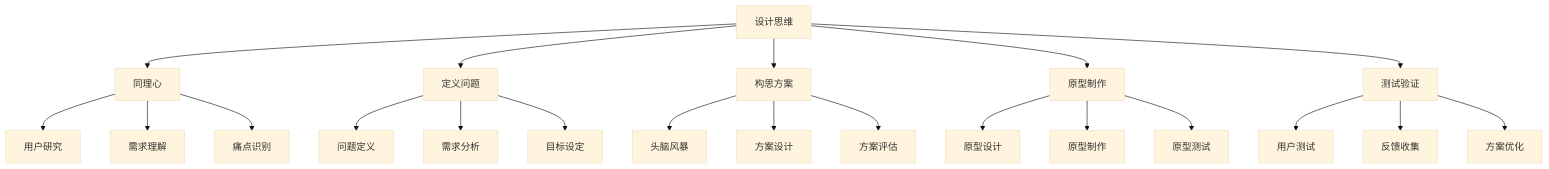
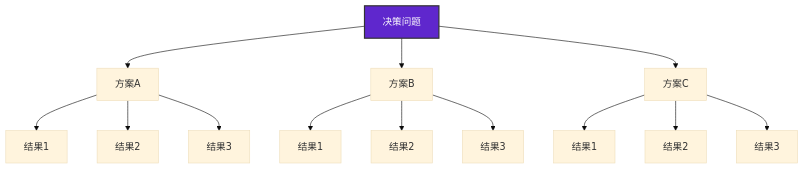
One commit to Anping2017/obsidian changed the fifth of 8 diagrams in 企业领导力/03-能力构建层/核心领导能力/01-战略思维.md. Above: the diagram before and after it, drawn with Mermaid (base theme). The commit also changed other lines of this file and 28 other files, not shown here.

````diff
--- a/企业领导力/03-能力构建层/核心领导能力/01-战略思维.md
+++ b/企业领导力/03-能力构建层/核心领导能力/01-战略思维.md
@@ -173,28 +153,20 @@
 ```mermaid
 graph TD
-    A[设计思维] --> B[同理心]
-    A --> C[定义问题]
-    A --> D[构思方案]
-    A --> E[原型制作]
-    A --> F[测试验证]
+    A[决策问题] --> B[方案A]
+    A --> C[方案B]
+    A --> D[方案C]
     
-    B --> B1[用户研究]
-    B --> B2[需求理解]
-    B --> B3[痛点识别]
+    B --> B1[结果1]
+    B --> B2[结果2]
+    B --> B3[结果3]
     
-    C --> C1[问题定义]
-    C --> C2[需求分析]
-    C --> C3[目标设定]
+    C --> C1[结果1]
+    C --> C2[结果2]
+    C --> C3[结果3]
     
-    D --> D1[头脑风暴]
-    D --> D2[方案设计]
-    D --> D3[方案评估]
+    D --> D1[结果1]
+    D --> D2[结果2]
+    D --> D3[结果3]
     
-    E --> E1[原型设计]
-    E --> E2[原型制作]
-    E --> E3[原型测试]
-    
-    F --> F1[用户测试]
-    F --> F2[反馈收集]
-    F --> F3[方案优化]
+    style A fill:#5f27cd,stroke:#333,stroke-width:2px,color:#fff
 ```
````
